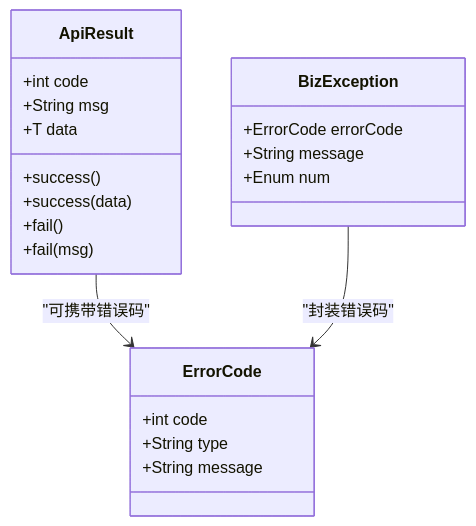
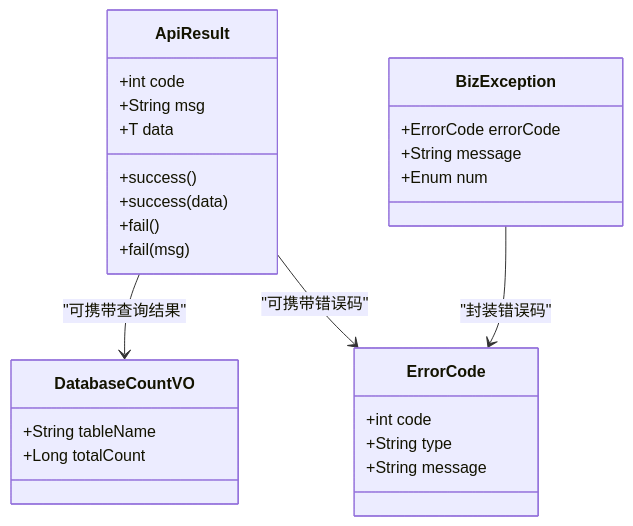
One commit to magicliang/domain-driven-transaction-sys changed the sixth of 7 diagrams in .qoder/repowiki/zh/content/API接口文档.md. Above: the diagram before and after it, drawn with Mermaid. The commit also changed other lines of this file and 37 other files, not shown here.

````diff
--- a/.qoder/repowiki/zh/content/API接口文档.md
+++ b/.qoder/repowiki/zh/content/API接口文档.md
@@ -289,24 +337,29 @@
 ```mermaid
 classDiagram
 class ApiResult {
 +int code
 +String msg
 +T data
 +success()
 +success(data)
 +fail()
 +fail(msg)
 }
+class DatabaseCountVO {
++String tableName
++Long totalCount
+}
 class ErrorCode {
 +int code
 +String type
 +String message
 }
 class BizException {
 +ErrorCode errorCode
 +String message
 +Enum num
 }
+ApiResult --> DatabaseCountVO : "可携带查询结果"
 ApiResult --> ErrorCode : "可携带错误码"
 BizException --> ErrorCode : "封装错误码"
 ```
````
